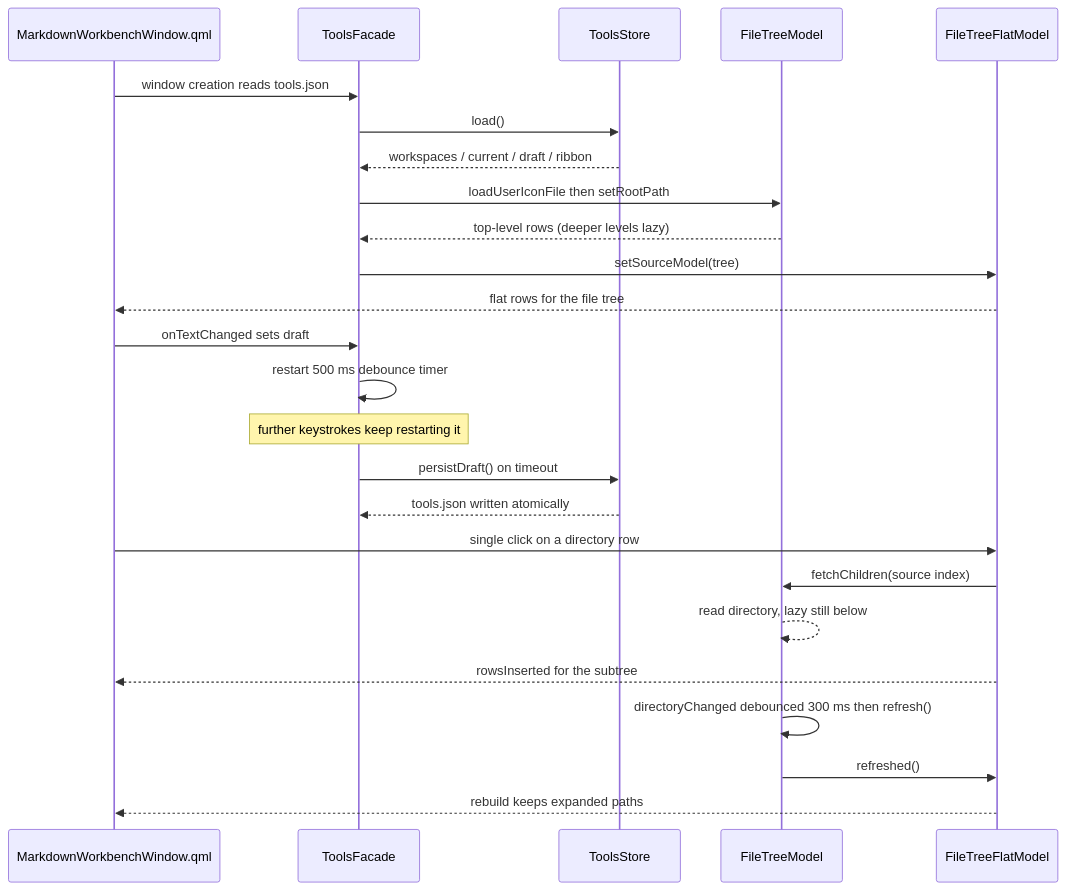
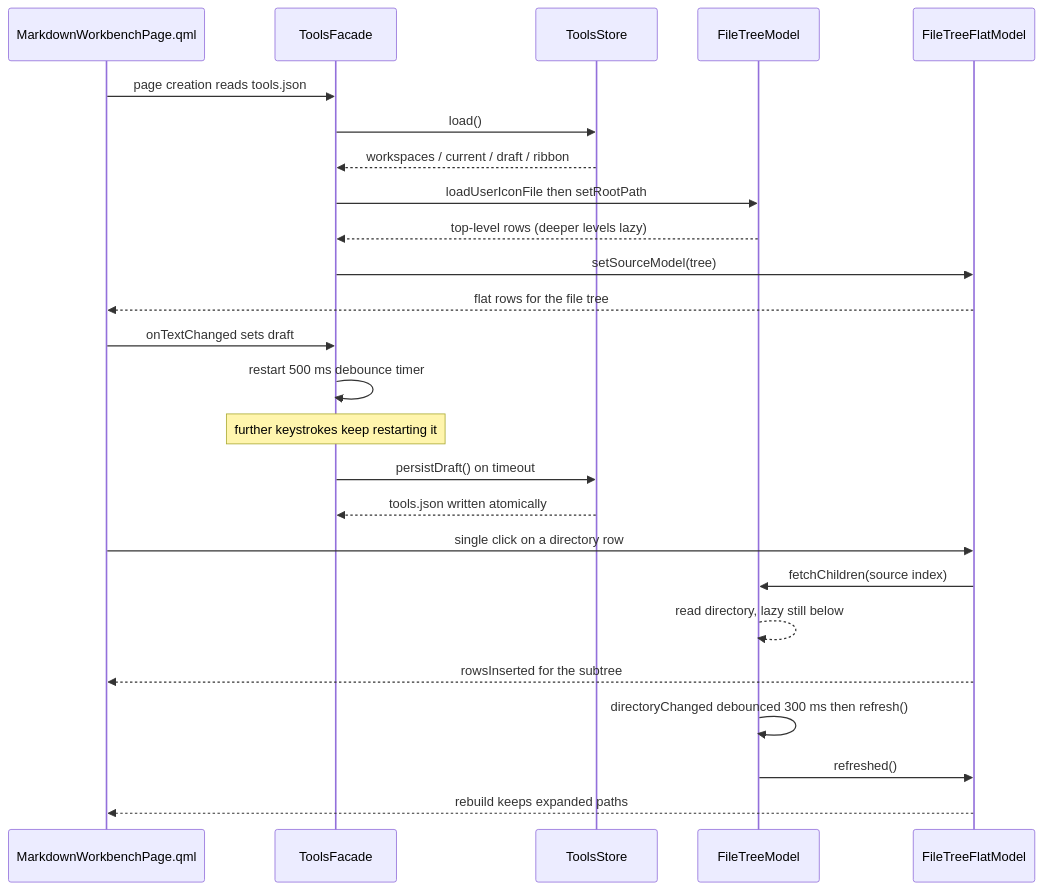
The second of 4 diagrams in docs/zh/development/Markdown工作台.md (czyt1988/AgentWorkbench), drawn with Mermaid before and after one commit. The commit also changed other lines of this file and 31 other files, not shown here.

First line of the commit message:
docs: the workbench as a page - Agent Tools group, right panel, ribbon fix

````diff
--- a/docs/zh/development/Markdown工作台.md
+++ b/docs/zh/development/Markdown工作台.md
@@ -421,31 +420,31 @@
 ```mermaid
 sequenceDiagram
-    participant Window as MarkdownWorkbenchWindow.qml
+    participant Page as MarkdownWorkbenchPage.qml
     participant Facade as ToolsFacade
     participant Store as ToolsStore
     participant Tree as FileTreeModel
     participant Flat as FileTreeFlatModel
 
-    Window->>Facade: window creation reads tools.json
+    Page->>Facade: page creation reads tools.json
     Facade->>Store: load()
     Store-->>Facade: workspaces / current / draft / ribbon
     Facade->>Tree: loadUserIconFile then setRootPath
     Tree-->>Facade: top-level rows (deeper levels lazy)
     Facade->>Flat: setSourceModel(tree)
-    Flat-->>Window: flat rows for the file tree
+    Flat-->>Page: flat rows for the file tree
 
-    Window->>Facade: onTextChanged sets draft
+    Page->>Facade: onTextChanged sets draft
     Facade->>Facade: restart 500 ms debounce timer
     Note over Facade: further keystrokes keep restarting it
     Facade->>Store: persistDraft() on timeout
     Store-->>Facade: tools.json written atomically
 
-    Window->>Flat: single click on a directory row
+    Page->>Flat: single click on a directory row
     Flat->>Tree: fetchChildren(source index)
     Tree-->>Tree: read directory, lazy still below
-    Flat-->>Window: rowsInserted for the subtree
+    Flat-->>Page: rowsInserted for the subtree
 
     Tree->>Tree: directoryChanged debounced 300 ms then refresh()
     Tree->>Flat: refreshed()
-    Flat-->>Window: rebuild keeps expanded paths
+    Flat-->>Page: rebuild keeps expanded paths
 ```
````
